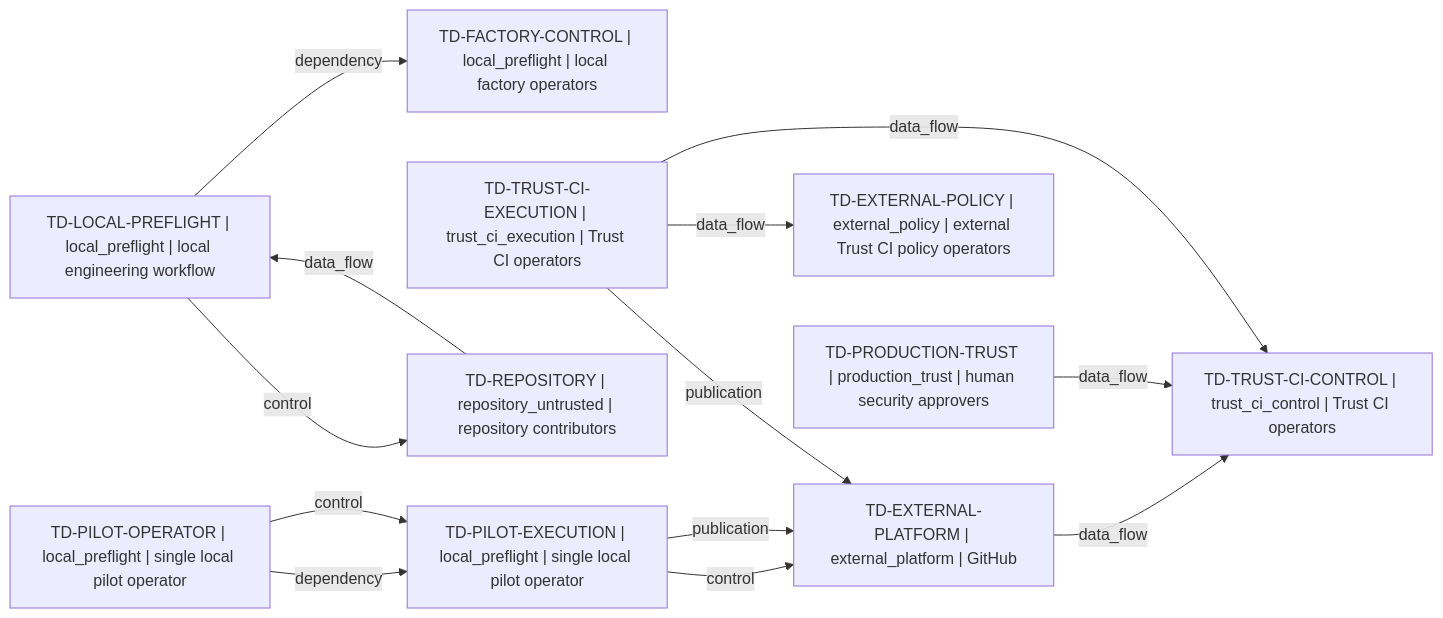
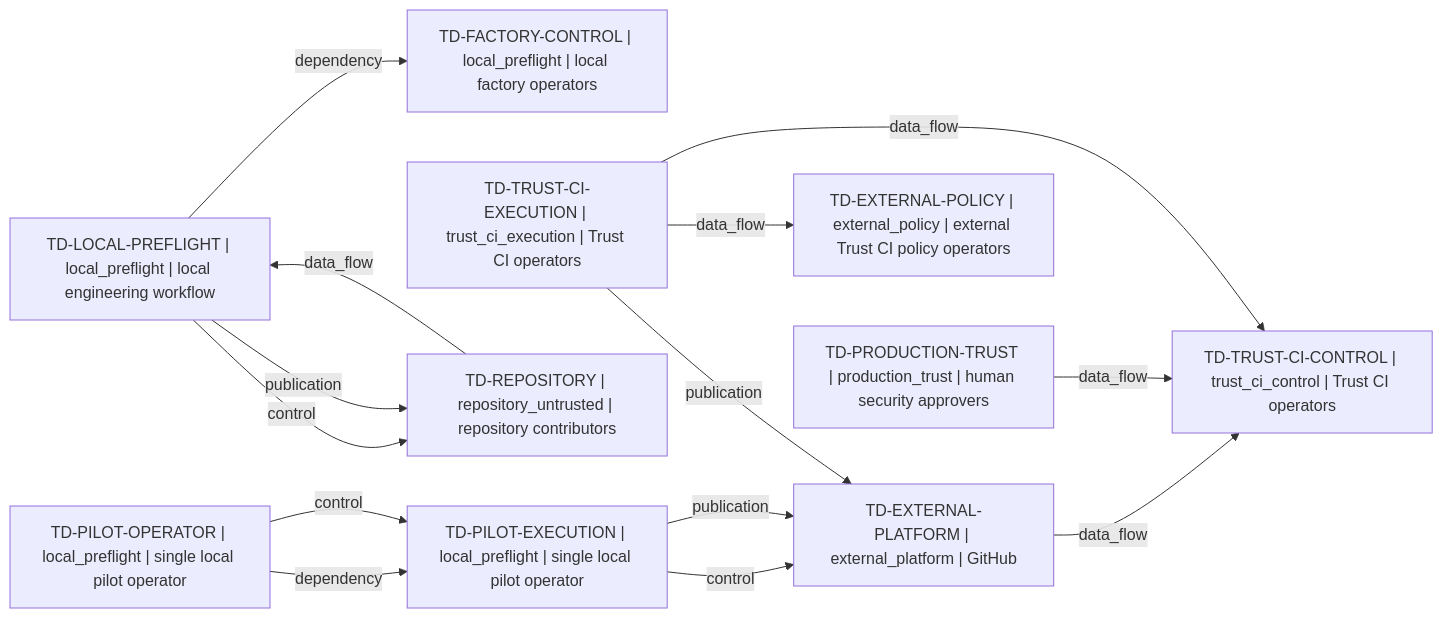
One commit to Dimkox/adaptive-grok-build-pro changed the diagram in architecture/generated/context.mmd. Above: the diagram before and after it, drawn with Mermaid. The commit also changed 71 other files, not shown here.

```diff
--- a/architecture/generated/context.mmd
+++ b/architecture/generated/context.mmd
@@ -1,23 +1,24 @@
 flowchart LR
   domain_96fb748595c57dce["TD-EXTERNAL-PLATFORM | external_platform | GitHub"]
   domain_ece8d94ff661d9fb["TD-EXTERNAL-POLICY | external_policy | external Trust CI policy operators"]
   domain_c4152908c77524f2["TD-FACTORY-CONTROL | local_preflight | local factory operators"]
   domain_fa5ae843eb45e375["TD-LOCAL-PREFLIGHT | local_preflight | local engineering workflow"]
   domain_ecfc7e3b9c85919c["TD-PILOT-EXECUTION | local_preflight | single local pilot operator"]
   domain_29ad83586d8fa0ed["TD-PILOT-OPERATOR | local_preflight | single local pilot operator"]
   domain_93c532f149d3e2d5["TD-PRODUCTION-TRUST | production_trust | human security approvers"]
   domain_734c10023f9857a2["TD-REPOSITORY | repository_untrusted | repository contributors"]
   domain_7f80d82d053144ab["TD-TRUST-CI-CONTROL | trust_ci_control | Trust CI operators"]
   domain_65e7aeb3bb37c460["TD-TRUST-CI-EXECUTION | trust_ci_execution | Trust CI operators"]
   domain_734c10023f9857a2 -->|"data_flow"| domain_fa5ae843eb45e375
   domain_96fb748595c57dce -->|"data_flow"| domain_7f80d82d053144ab
   domain_93c532f149d3e2d5 -->|"data_flow"| domain_7f80d82d053144ab
   domain_ecfc7e3b9c85919c -->|"control"| domain_96fb748595c57dce
   domain_29ad83586d8fa0ed -->|"dependency"| domain_ecfc7e3b9c85919c
   domain_ecfc7e3b9c85919c -->|"publication"| domain_96fb748595c57dce
   domain_29ad83586d8fa0ed -->|"control"| domain_ecfc7e3b9c85919c
   domain_fa5ae843eb45e375 -->|"control"| domain_734c10023f9857a2
   domain_65e7aeb3bb37c460 -->|"data_flow"| domain_ece8d94ff661d9fb
   domain_fa5ae843eb45e375 -->|"dependency"| domain_c4152908c77524f2
   domain_65e7aeb3bb37c460 -->|"publication"| domain_96fb748595c57dce
   domain_65e7aeb3bb37c460 -->|"data_flow"| domain_7f80d82d053144ab
+  domain_fa5ae843eb45e375 -->|"publication"| domain_734c10023f9857a2
```
